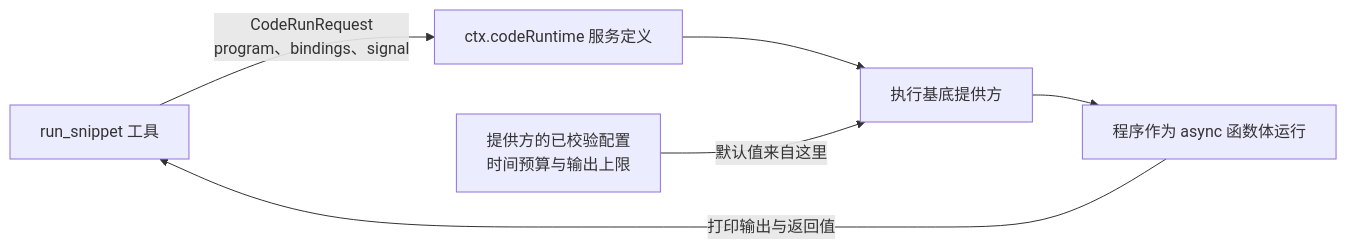
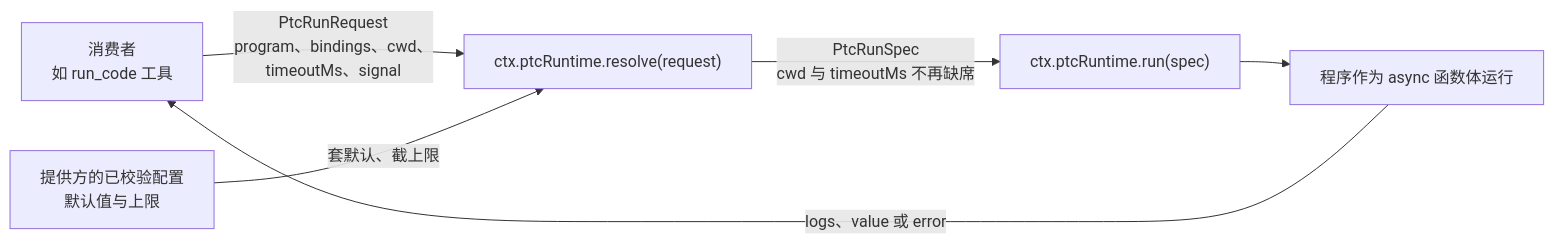
Before and after one commit to anthonyzhao-4926/blog: the first of 3 diagrams in dsh 插件开发学习/33-代码执行环境的接入.md, drawn with Mermaid. The commit also changed other lines of this file and 84 other files, not shown here.

````diff
--- a/dsh 插件开发学习/33-代码执行环境的接入.md
+++ b/dsh 插件开发学习/33-代码执行环境的接入.md
@@ -55,8 +74,8 @@
 ```mermaid
 flowchart LR
-    T["run_snippet 工具"] -->|"CodeRunRequest<br/>program、bindings、signal"| S["ctx.codeRuntime 服务定义"]
-    S --> P["执行基底提供方"]
-    C["提供方的已校验配置<br/>时间预算与输出上限"] -->|"默认值来自这里"| P
-    P --> W["程序作为 async 函数体运行"]
-    W -->|"打印输出与返回值"| T
+    T["消费者<br/>如 run_code 工具"] -->|"PtcRunRequest<br/>program、bindings、cwd、timeoutMs、signal"| S["ctx.ptcRuntime.resolve(request)"]
+    P["提供方的已校验配置<br/>默认值与上限"] -->|"套默认、截上限"| S
+    S -->|"PtcRunSpec<br/>cwd 与 timeoutMs 不再缺席"| R["ctx.ptcRuntime.run(spec)"]
+    R --> W["程序作为 async 函数体运行"]
+    W -->|"logs、value 或 error"| T
 ```
````
